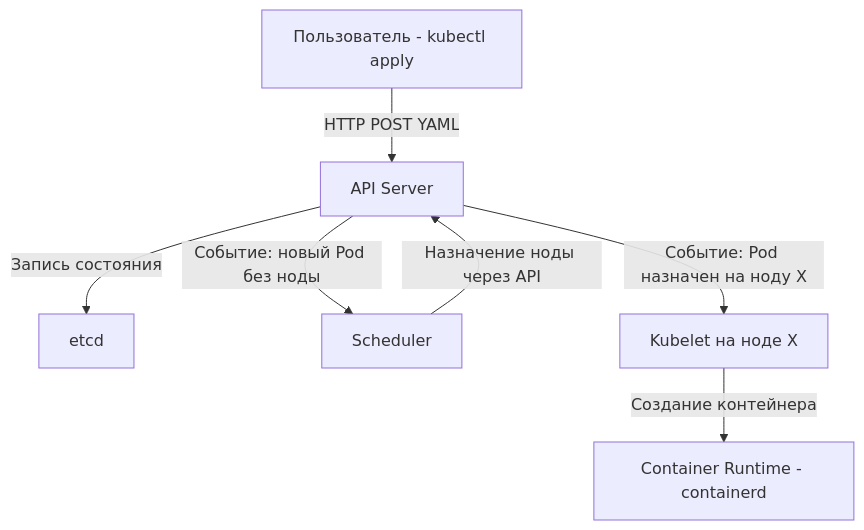
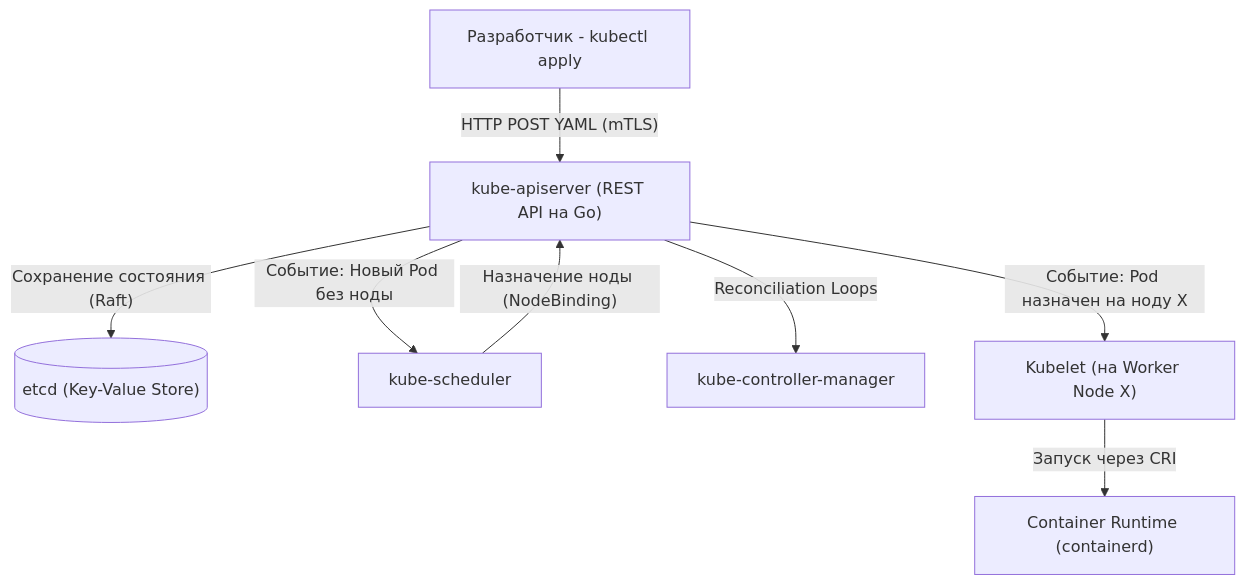
One commit to UnrealTemplier/go-textbook changed the second of 3 diagrams in sources/19. Инфраструктура. Linux, nginx, Docker, Kubernetes/04. Kubernetes/1. Kubernetes. Архитектура.md. Above: the diagram before and after it, drawn with Mermaid. The commit also changed other lines of this file, not shown here.

Commit message:
feat(module-19): editorial rewrite of 04.1 Kubernetes architecture in Kernighan style

````diff
--- a/sources/19. Инфраструктура. Linux, nginx, Docker, Kubernetes/04. Kubernetes/1. Kubernetes. Архитектура.md
+++ b/sources/19. Инфраструктура. Linux, nginx, Docker, Kubernetes/04. Kubernetes/1. Kubernetes. Архитектура.md
@@ -35,9 +41,13 @@
 ```mermaid
 flowchart TD
-    A["Пользователь - kubectl apply"] -->|"HTTP POST YAML"| B["API Server"]
-    B -->|"Запись состояния"| C["etcd"]
-    B -->|"Событие: новый Pod без ноды"| D["Scheduler"]
-    D -->|"Назначение ноды через API"| B
-    B -->|"Событие: Pod назначен на ноду X"| E["Kubelet на ноде X"]
-    E -->|"Создание контейнера"| F["Container Runtime - containerd"]
+    User["Разработчик - kubectl apply"] -->|"HTTP POST YAML (mTLS)"| APIServer["kube-apiserver (REST API на Go)"]
+    APIServer -->|"Сохранение состояния (Raft)"| Etcd[("etcd (Key-Value Store)")]
+    
+    APIServer -->|"Событие: Новый Pod без ноды"| Scheduler["kube-scheduler"]
+    Scheduler -->|"Назначение ноды (NodeBinding)"| APIServer
+    
+    APIServer -->|"Reconciliation Loops"| KCM["kube-controller-manager"]
+    
+    APIServer -->|"Событие: Pod назначен на ноду X"| Kubelet["Kubelet (на Worker Node X)"]
+    Kubelet -->|"Запуск через CRI"| Runtime["Container Runtime (containerd)"]
 ```
````
